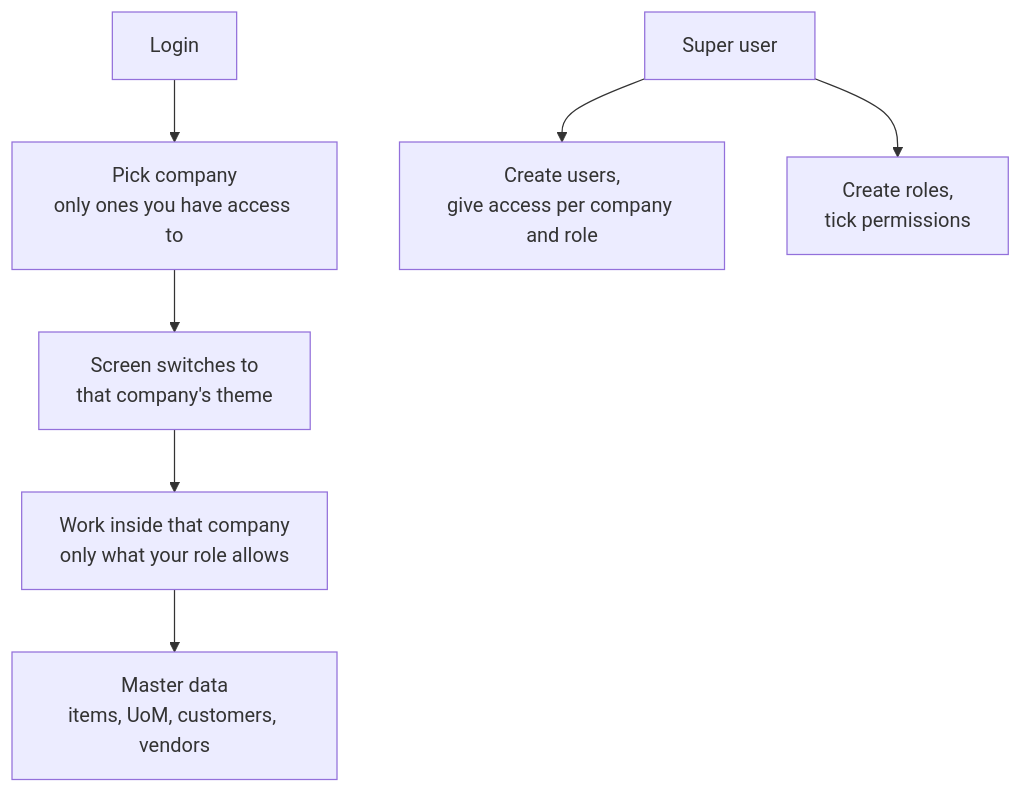
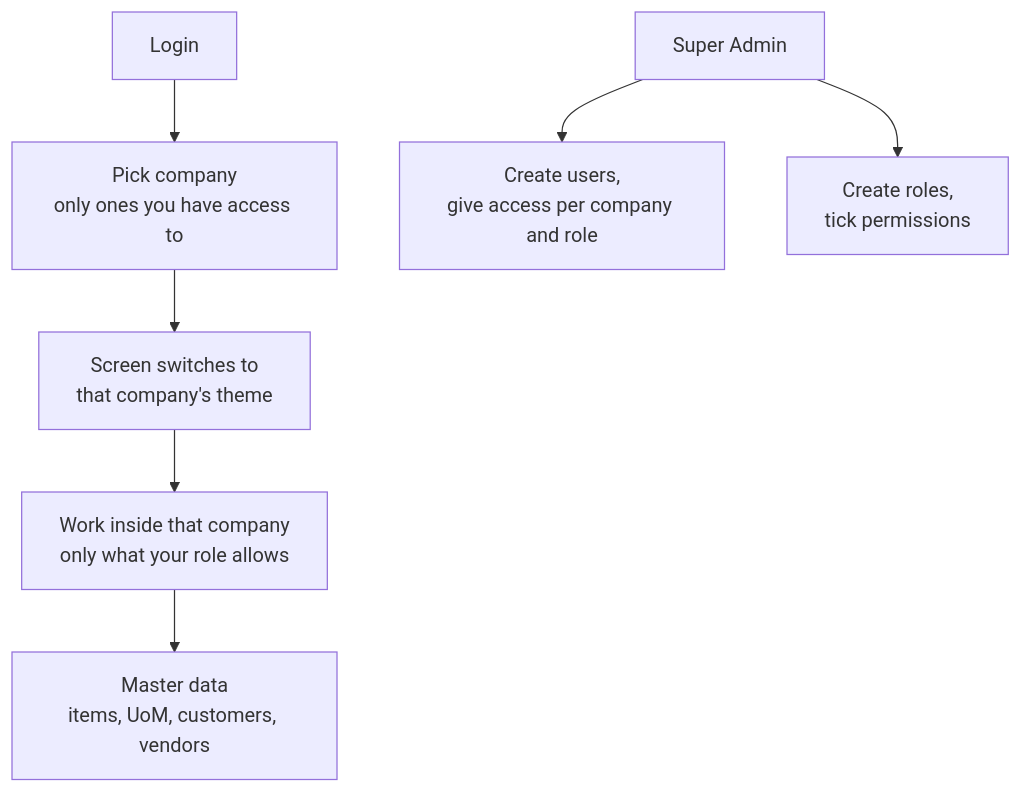
One commit to jingaega/jingaega-brain changed the diagram in Magang/Work/Projects/Holding ERP/Foundation Module.md. Above: the diagram before and after it, drawn with Mermaid. The commit also changed other lines of this file and 7 other files, not shown here.

````diff
--- a/Magang/Work/Projects/Holding ERP/Foundation Module.md
+++ b/Magang/Work/Projects/Holding ERP/Foundation Module.md
@@ -54,9 +55,9 @@
 ```mermaid
 flowchart TD
   Login["Login"] --> Pick["Pick company<br/>only ones you have access to"]
   Pick --> Theme["Screen switches to<br/>that company's theme"]
   Theme --> Work["Work inside that company<br/>only what your role allows"]
-  Super["Super user"] --> Users["Create users,<br/>give access per company and role"]
+  Super["Super Admin"] --> Users["Create users,<br/>give access per company and role"]
   Super --> Roles["Create roles,<br/>tick permissions"]
   Work --> Master["Master data<br/>items, UoM, customers, vendors"]
 ```
````
